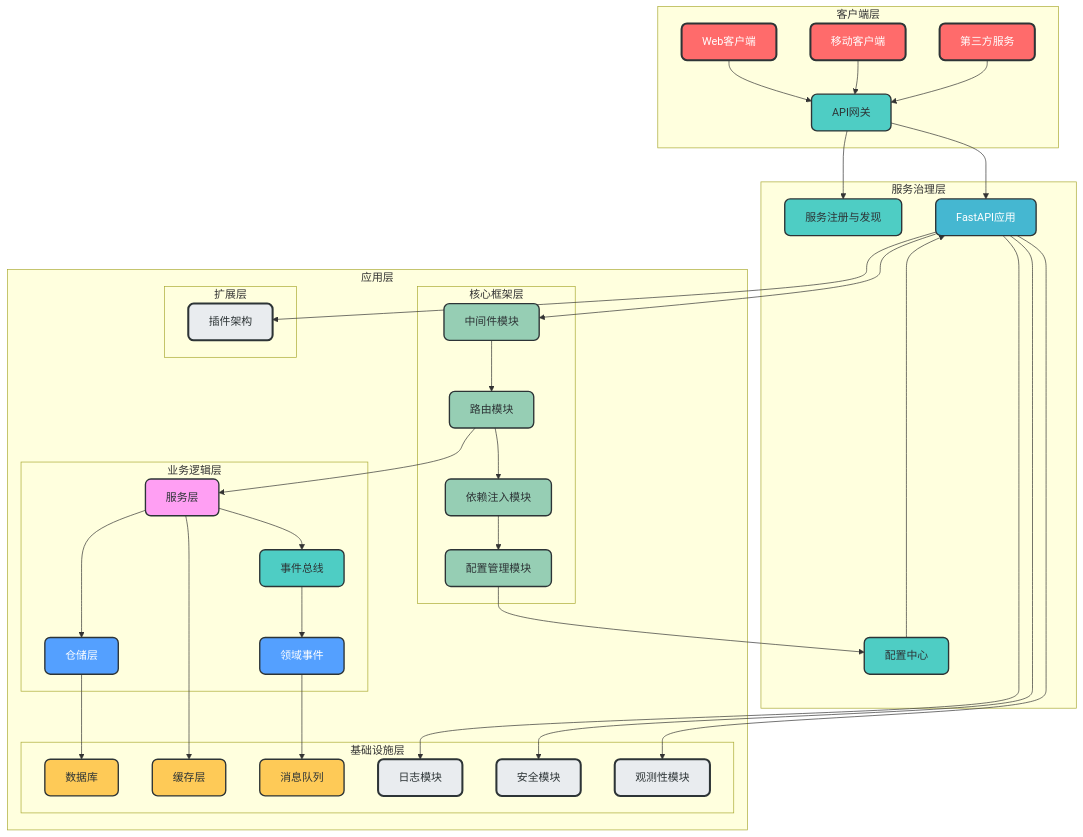
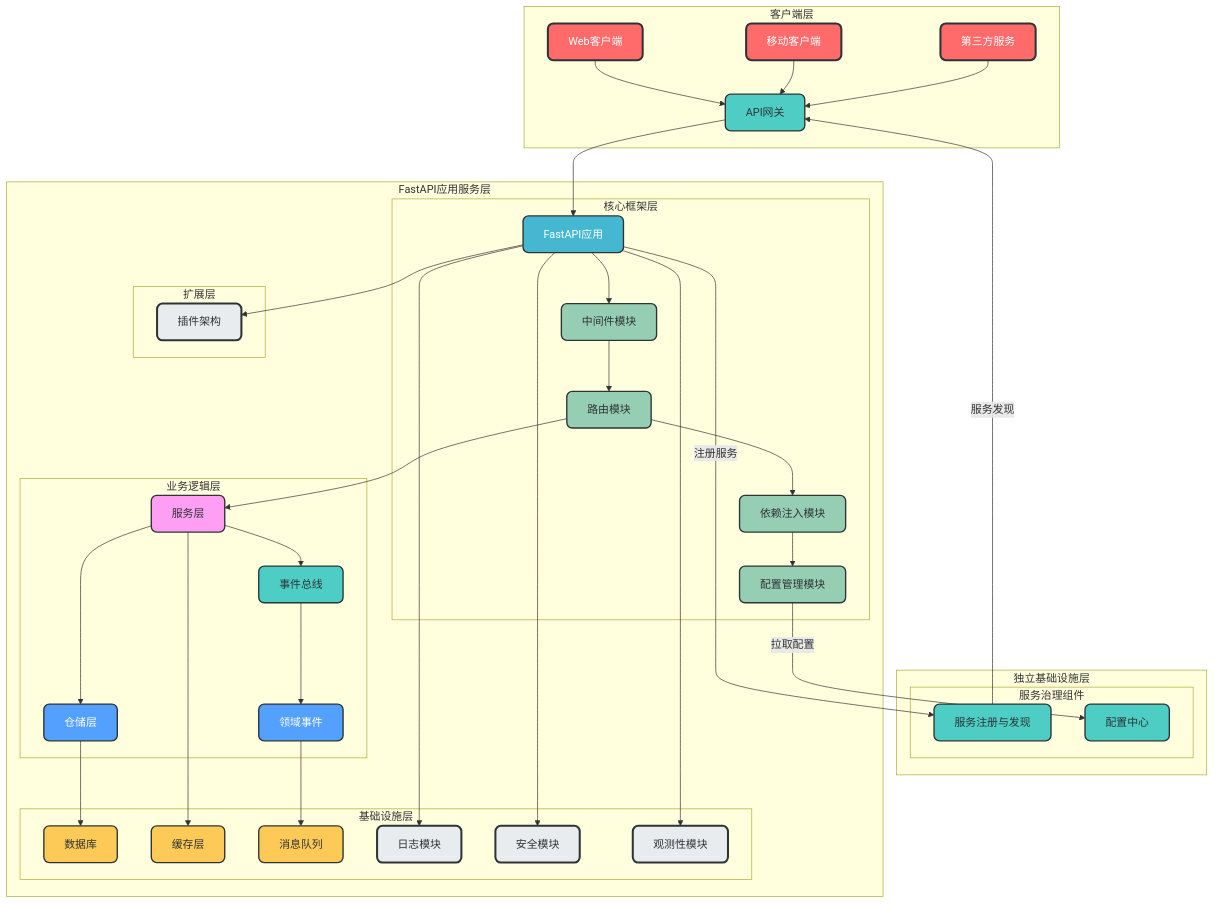
One commit to amuqiao/fastapi-enterprise-framework-template changed the third of 4 diagrams in docs/design/架构总览.md. Above: the diagram before and after it, drawn with Mermaid. The commit also changed other lines of this file, not shown here.

````diff
--- a/docs/design/架构总览.md
+++ b/docs/design/架构总览.md
@@ -170,63 +170,71 @@
 ```mermaid
 graph TD
     subgraph 客户端层
         A[Web客户端] --> B[API网关]
         C[移动客户端] --> B
         D[第三方服务] --> B
     end
     
-    subgraph 服务治理层
-        B --> ZK[服务注册与发现]
-        CC[配置中心] --> E[FastAPI应用]
+    subgraph 独立基础设施层
+        subgraph 服务治理组件
+            ZK[服务注册与发现] 
+            CC[配置中心] 
+            B[API网关] 
+        end
     end
     
-    subgraph 应用层
+    subgraph FastAPI应用服务层
         B --> E[FastAPI应用]
         
         subgraph 核心框架层
             E --> G[中间件模块] --> F[路由模块]
-            F --> H[依赖注入模块] --> I[配置管理模块] --> CC
+            F --> H[依赖注入模块] --> I[配置管理模块]
         end
         
         subgraph 业务逻辑层
             F --> J[服务层] --> K[仓储层]
             J --> EB[事件总线] --> L[领域事件]
         end
         
         subgraph 基础设施层
             K --> M[数据库]
             J --> N[缓存层]
             L --> O[消息队列]
             E --> P[日志模块]
             E --> Q[安全模块]
             E --> R[观测性模块]
         end
         
         subgraph 扩展层
             E --> S[插件架构]
         end
     end
+    
+    %% 连接关系
+    E -->|注册服务| ZK
+    I -->|拉取配置| CC
+    ZK -->|服务发现| B
     
     style A fill:#FF6B6B,stroke:#2D3436,stroke-width:3px,color:white,rx:8,ry:8
     style C fill:#FF6B6B,stroke:#2D3436,stroke-width:3px,color:white,rx:8,ry:8
     style D fill:#FF6B6B,stroke:#2D3436,stroke-width:3px,color:white,rx:8,ry:8
     style B fill:#4ECDC4,stroke:#2D3436,stroke-width:2px,color:#2D3436,rx:8,ry:8
     style E fill:#45B7D1,stroke:#2D3436,stroke-width:2px,color:white,rx:8,ry:8
     style F fill:#96CEB4,stroke:#2D3436,stroke-width:2px,color:#2D3436,rx:8,ry:8
     style G fill:#96CEB4,stroke:#2D3436,stroke-width:2px,color:#2D3436,rx:8,ry:8
     style H fill:#96CEB4,stroke:#2D3436,stroke-width:2px,color:#2D3436,rx:8,ry:8
     style I fill:#96CEB4,stroke:#2D3436,stroke-width:2px,color:#2D3436,rx:8,ry:8
     style J fill:#FF9FF3,stroke:#2D3436,stroke-width:2px,color:#2D3436,rx:8,ry:8
     style K fill:#54A0FF,stroke:#2D3436,stroke-width:2px,color:white,rx:8,ry:8
     style L fill:#54A0FF,stroke:#2D3436,stroke-width:2px,color:white,rx:8,ry:8
     style M fill:#FECA57,stroke:#2D3436,stroke-width:2px,color:#2D3436,rx:8,ry:8
     style N fill:#FECA57,stroke:#2D3436,stroke-width:2px,color:#2D3436,rx:8,ry:8
     style O fill:#FECA57,stroke:#2D3436,stroke-width:2px,color:#2D3436,rx:8,ry:8
     style P fill:#E9ECEF,stroke:#2D3436,stroke-width:3px,color:#2D3436,rx:8,ry:8
     style Q fill:#E9ECEF,stroke:#2D3436,stroke-width:3px,color:#2D3436,rx:8,ry:8
     style R fill:#E9ECEF,stroke:#2D3436,stroke-width:3px,color:#2D3436,rx:8,ry:8
     style S fill:#E9ECEF,stroke:#2D3436,stroke-width:3px,color:#2D3436,rx:8,ry:8
     style ZK fill:#4ECDC4,stroke:#2D3436,stroke-width:2px,color:#2D3436,rx:8,ry:8
     style CC fill:#4ECDC4,stroke:#2D3436,stroke-width:2px,color:#2D3436,rx:8,ry:8
     style EB fill:#4ECDC4,stroke:#2D3436,stroke-width:2px,color:#2D3436,rx:8,ry:8
 ```
````
